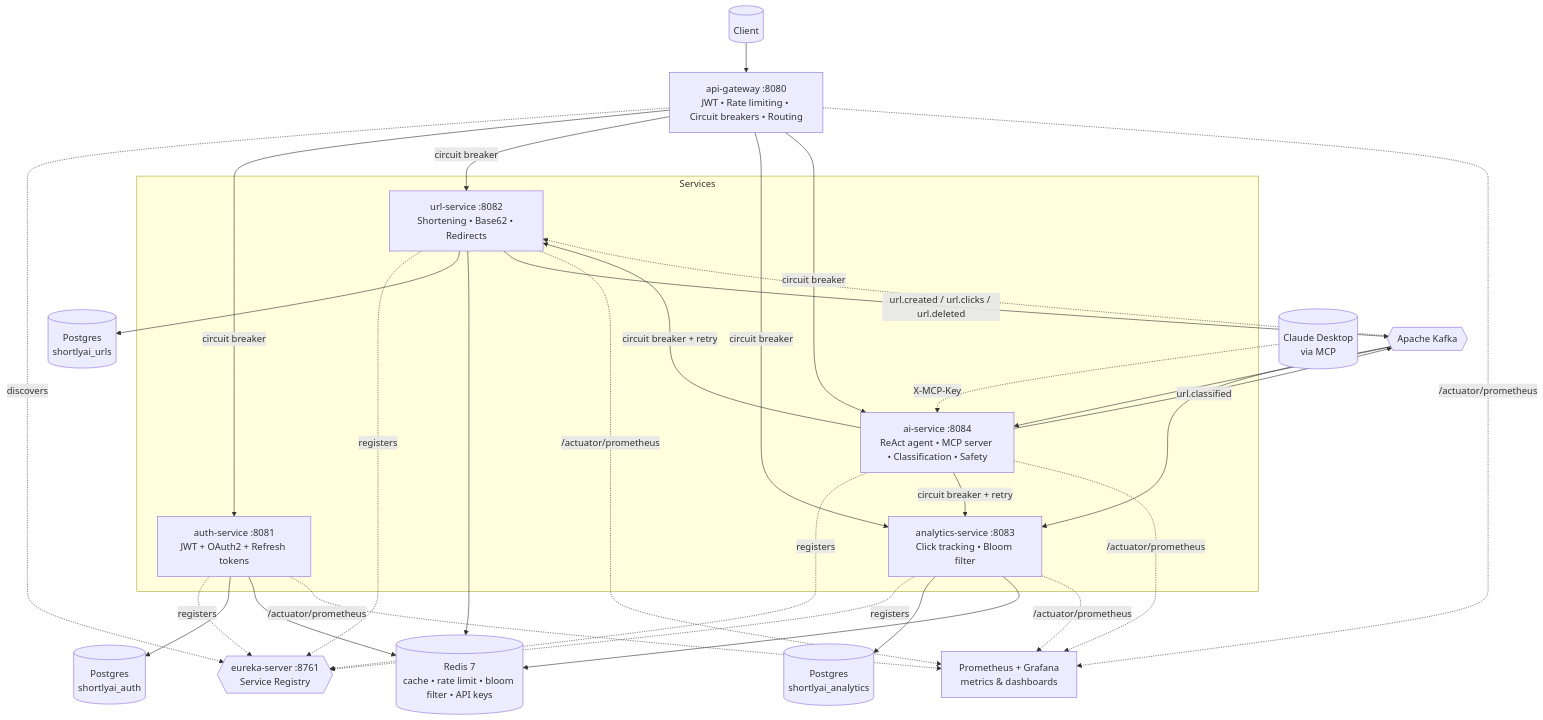
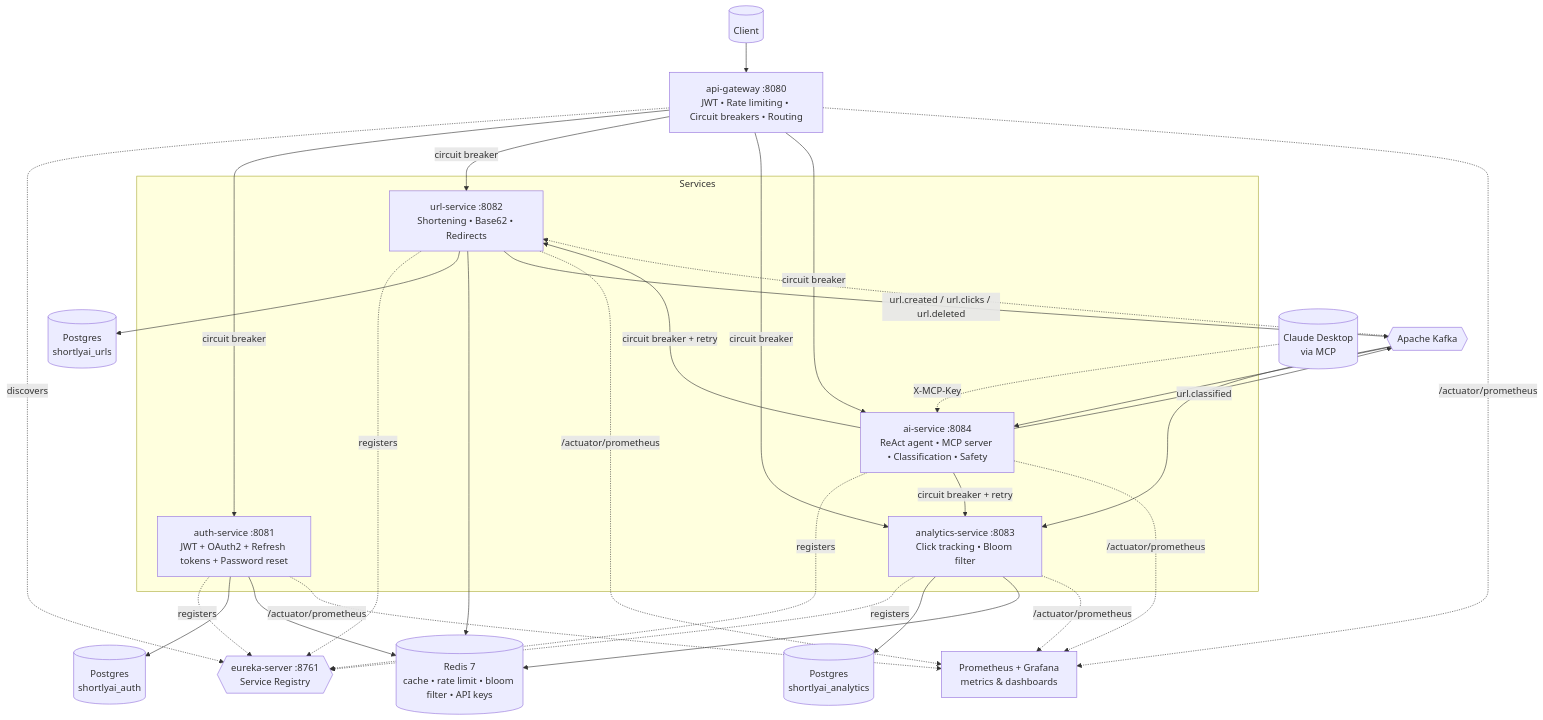
One commit to SNagarjuna07/shortlyai changed the first of 2 diagrams in README.md. Above: the diagram before and after it, drawn with Mermaid. The commit also changed other lines of this file, not shown here.

````diff
--- a/README.md
+++ b/README.md
@@ -198,58 +232,58 @@
 ```mermaid
 graph TB
     Client[("Client")]
     Eureka{{"eureka-server :8761<br/>Service Registry"}}
     Gateway["api-gateway :8080<br/>JWT • Rate limiting • Circuit breakers • Routing"]
 
     subgraph Services
-        Auth["auth-service :8081<br/>JWT + OAuth2 + Refresh tokens"]
+        Auth["auth-service :8081<br/>JWT + OAuth2 + Refresh tokens + Password reset"]
         Url["url-service :8082<br/>Shortening • Base62 • Redirects"]
         Analytics["analytics-service :8083<br/>Click tracking • Bloom filter"]
         AI["ai-service :8084<br/>ReAct agent • MCP server • Classification • Safety"]
     end
 
     PG1[("Postgres<br/>shortlyai_auth")]
     PG2[("Postgres<br/>shortlyai_urls")]
     PG3[("Postgres<br/>shortlyai_analytics")]
     RedisDB[("Redis 7<br/>cache • rate limit • bloom filter • API keys")]
     Kafka{{"Apache Kafka"}}
     Obs["Prometheus + Grafana<br/>metrics & dashboards"]
     MCP[("Claude Desktop<br/>via MCP")]
 
     Client --> Gateway
     MCP -. "X-MCP-Key" .-> AI
 
     Gateway -. discovers .-> Eureka
     Auth -. registers .-> Eureka
     Url -. registers .-> Eureka
     Analytics -. registers .-> Eureka
     AI -. registers .-> Eureka
 
     Gateway -- "circuit breaker" --> Auth
     Gateway -- "circuit breaker" --> Url
     Gateway -- "circuit breaker" --> Analytics
     Gateway -- "circuit breaker" --> AI
 
     Auth --> PG1
     Auth --> RedisDB
 
     Url --> PG2
     Url --> RedisDB
     Url -- "url.created / url.clicks / url.deleted" --> Kafka
 
     Kafka --> Analytics
     Analytics --> PG3
     Analytics --> RedisDB
 
     Kafka --> AI
     AI -- "url.classified" --> Kafka
     Kafka -.-> Url
     AI -- "circuit breaker + retry" --> Url
     AI -- "circuit breaker + retry" --> Analytics
 
     Auth -.->|/actuator/prometheus| Obs
     Url -.->|/actuator/prometheus| Obs
     Analytics -.->|/actuator/prometheus| Obs
     AI -.->|/actuator/prometheus| Obs
     Gateway -.->|/actuator/prometheus| Obs
 ```
````
